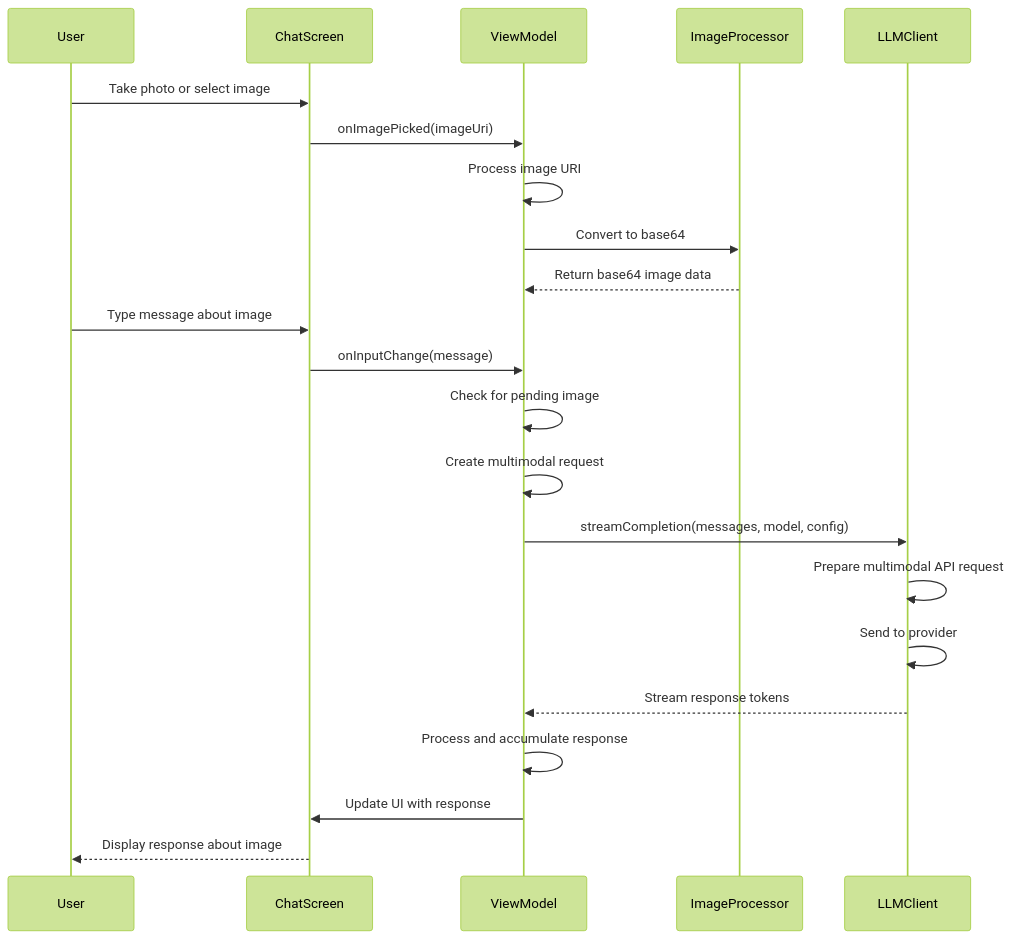
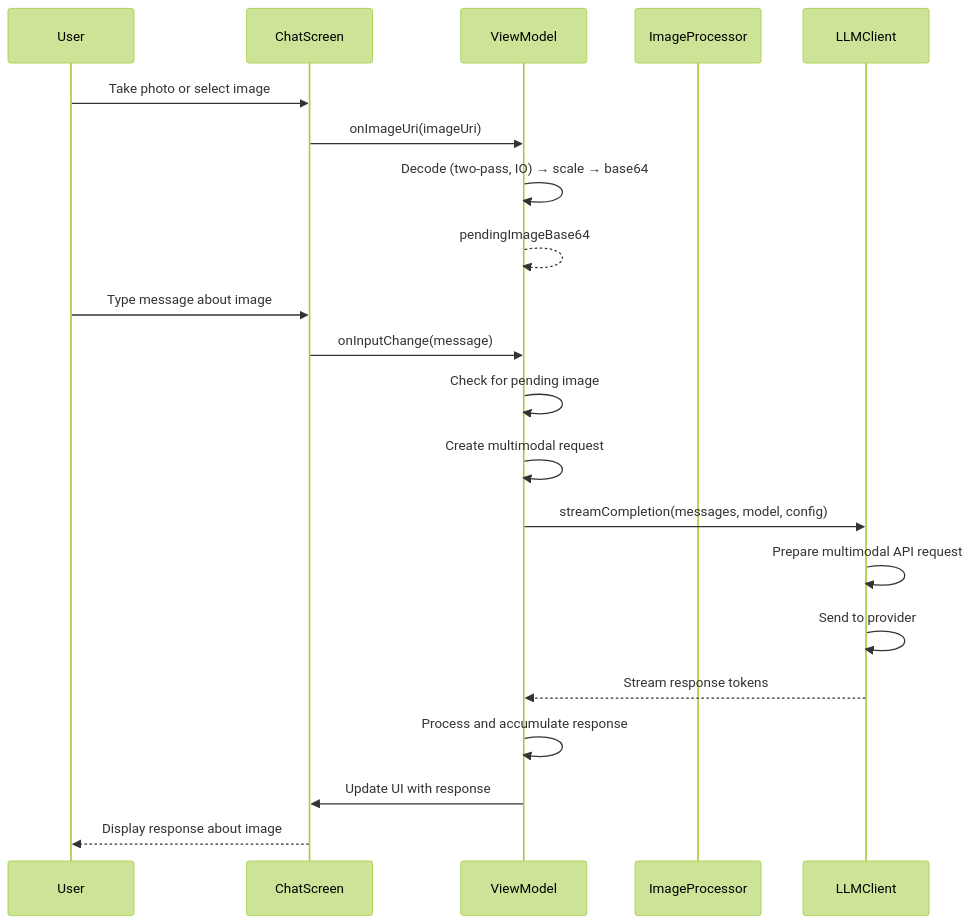
The fourth of 11 diagrams in docs/seq_chat.md (lehoang318/buddy), drawn with Mermaid (forest theme) before and after one commit. The commit also changed 22 other files, not shown here.

````diff
--- a/docs/seq_chat.md
+++ b/docs/seq_chat.md
@@ -117,25 +117,24 @@
 ```mermaid
 sequenceDiagram
     participant User
     participant ChatScreen
     participant ViewModel
     participant ImageProcessor
     participant LLMClient
 
     User->>ChatScreen: Take photo or select image
-    ChatScreen->>ViewModel: onImagePicked(imageUri)
-    ViewModel->>ViewModel: Process image URI
-    ViewModel->>ImageProcessor: Convert to base64
-    ImageProcessor-->>ViewModel: Return base64 image data
+    ChatScreen->>ViewModel: onImageUri(imageUri)
+    ViewModel->>ViewModel: Decode (two-pass, IO) → scale → base64
+    ViewModel-->>ViewModel: pendingImageBase64
     User->>ChatScreen: Type message about image
     ChatScreen->>ViewModel: onInputChange(message)
     ViewModel->>ViewModel: Check for pending image
     ViewModel->>ViewModel: Create multimodal request
     ViewModel->>LLMClient: streamCompletion(messages, model, config)
     LLMClient->>LLMClient: Prepare multimodal API request
     LLMClient->>LLMClient: Send to provider
     LLMClient-->>ViewModel: Stream response tokens
     ViewModel->>ViewModel: Process and accumulate response
     ViewModel->>ChatScreen: Update UI with response
     ChatScreen-->>User: Display response about image
 ```
````
